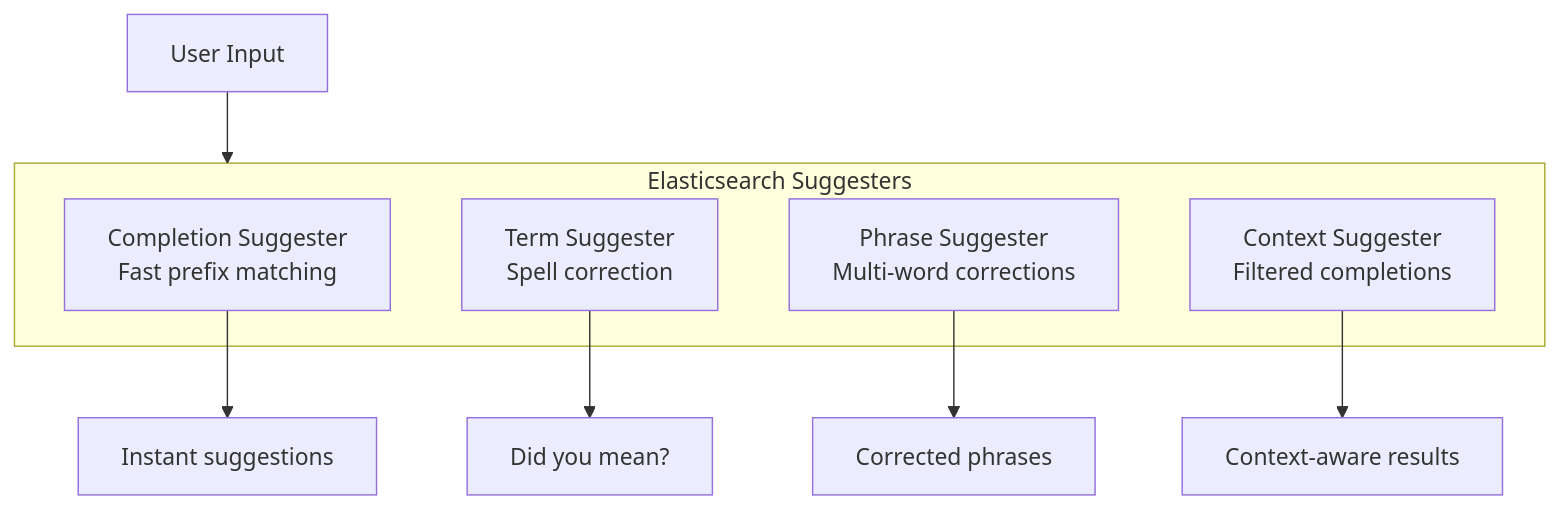
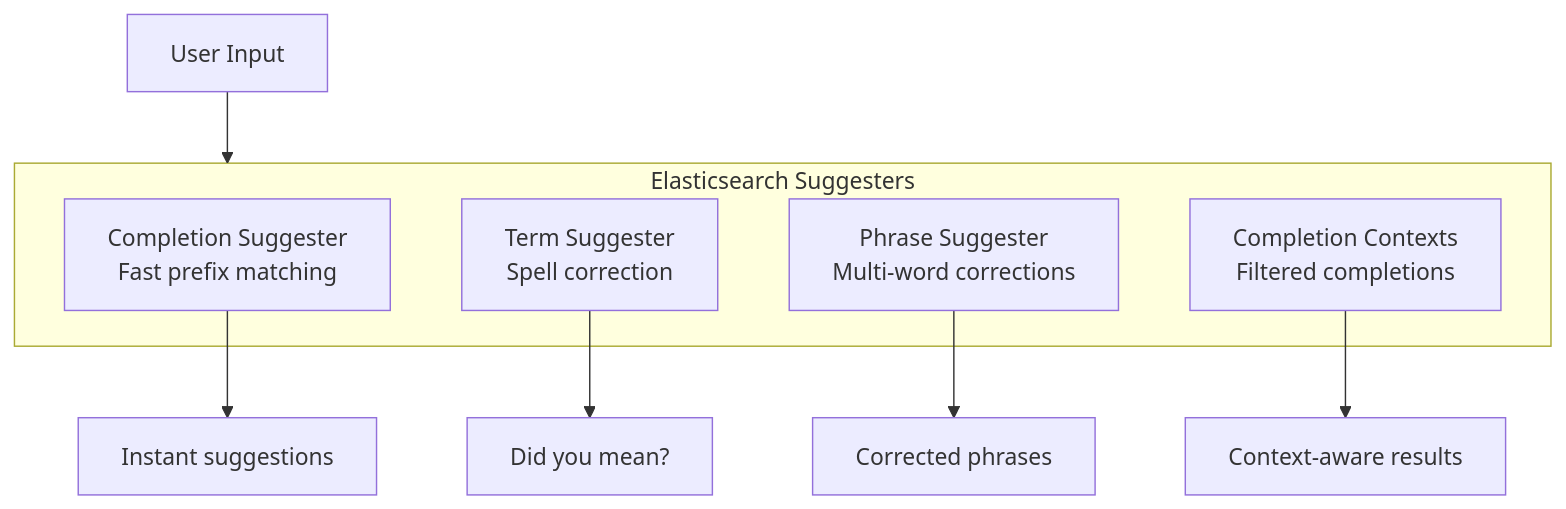
The first of 4 diagrams in posts/2026-01-27-elasticsearch-suggester-autocomplete/README.md (OneUptime/blog), drawn with Mermaid before and after one commit. The commit also changed other lines of this file and 2 other files, not shown here.

Commit message:
validate: 2026-01-27-elasticsearch-suggester-autocomplete

````diff
--- a/posts/2026-01-27-elasticsearch-suggester-autocomplete/README.md
+++ b/posts/2026-01-27-elasticsearch-suggester-autocomplete/README.md
@@ -19,15 +19,15 @@
 ```mermaid
 flowchart TB
     subgraph Suggesters["Elasticsearch Suggesters"]
         CS["Completion Suggester<br/>Fast prefix matching"]
         TS["Term Suggester<br/>Spell correction"]
         PS["Phrase Suggester<br/>Multi-word corrections"]
-        CXS["Context Suggester<br/>Filtered completions"]
+        CXS["Completion Contexts<br/>Filtered completions"]
     end
 
     User["User Input"] --> Suggesters
     CS --> Result1["Instant suggestions"]
     TS --> Result2["Did you mean?"]
     PS --> Result3["Corrected phrases"]
     CXS --> Result4["Context-aware results"]
 ```
````
